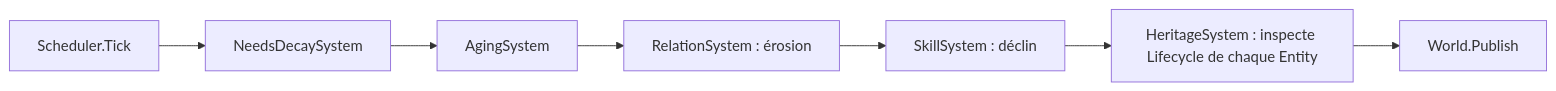
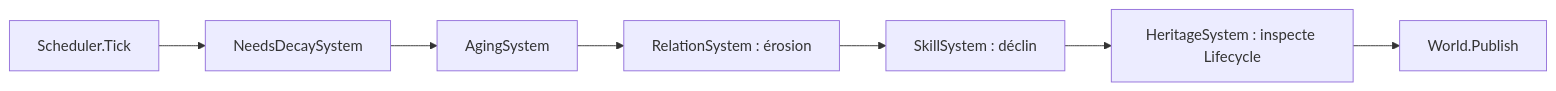
One commit to leseke/CHRONIQUES changed the diagram in ENGINE/ENGINE-008 — SystemsDePopulation.md. Above: the diagram before and after it, drawn with Mermaid. The commit also changed other lines of this file, not shown here.

````diff
--- a/ENGINE/ENGINE-008 — SystemsDePopulation.md
+++ b/ENGINE/ENGINE-008 — SystemsDePopulation.md
@@ -194,9 +433,21 @@
 ```mermaid
 flowchart LR
-Scheduler[Scheduler.Tick] --> Needs[NeedsDecaySystem]
-Needs --> Aging[AgingSystem]
-Aging --> Rel[RelationSystem : érosion]
-Rel --> Skill[SkillSystem : déclin]
-Skill --> Her[HeritageSystem : inspecte Lifecycle de chaque Entity]
-Her --> Pub[World.Publish]
+
+Scheduler[Scheduler.Tick]
+    --> Needs[NeedsDecaySystem]
+
+Needs
+    --> Aging[AgingSystem]
+
+Aging
+    --> Relation[RelationSystem : érosion]
+
+Relation
+    --> Skill[SkillSystem : déclin]
+
+Skill
+    --> Heritage[HeritageSystem : inspecte Lifecycle]
+
+Heritage
+    --> Publish[World.Publish]
 ```
````
